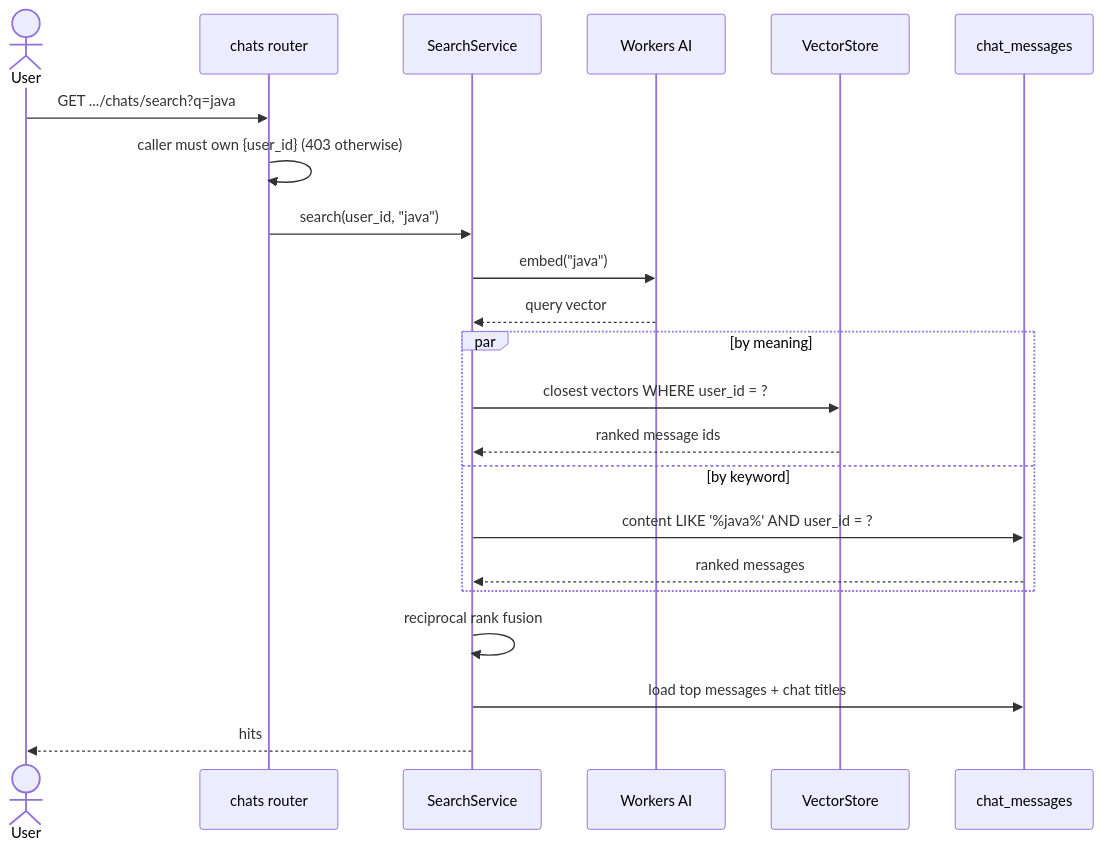
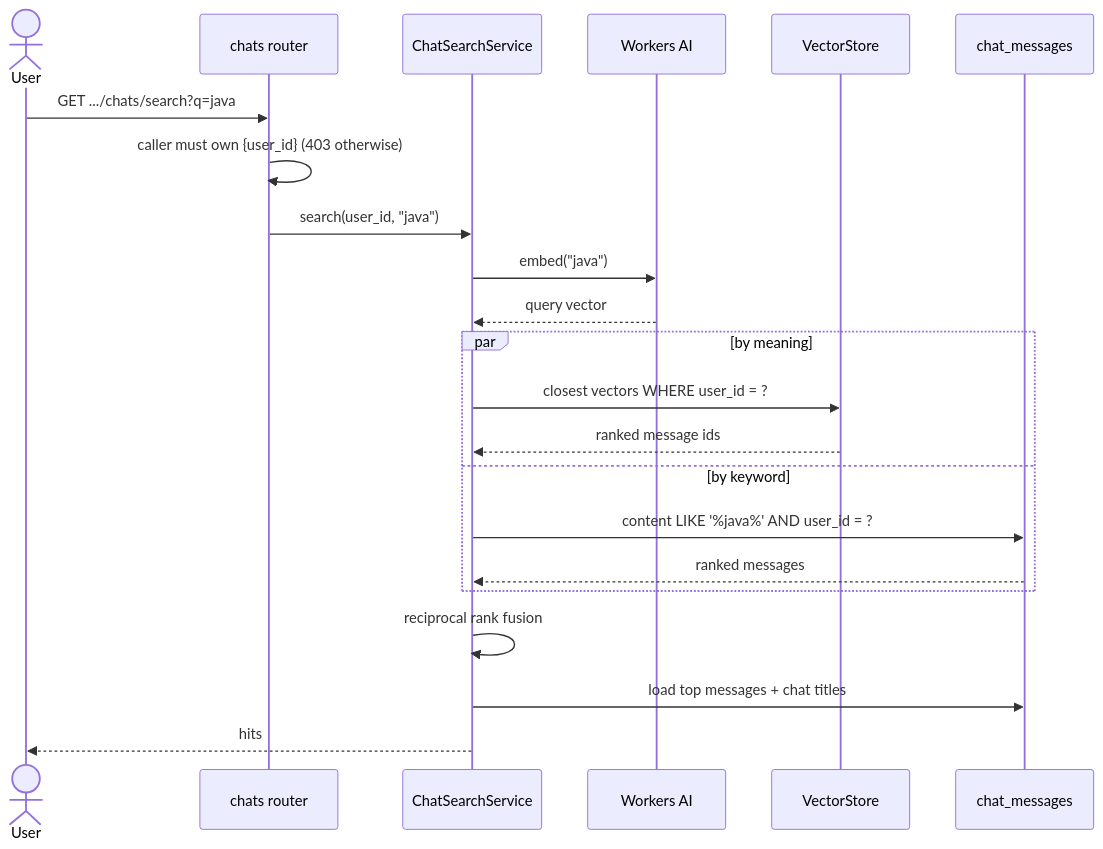
Before and after one commit to wilferraciolli/PythonTutorials: the third of 5 diagrams in Tutorials/fastapi-ai/docs/how-ai-search-works.md, drawn with Mermaid. The commit also changed other lines of this file and 236 other files, not shown here.

````diff
--- a/Tutorials/fastapi-ai/docs/how-ai-search-works.md
+++ b/Tutorials/fastapi-ai/docs/how-ai-search-works.md
@@ -76,25 +76,25 @@
 ```mermaid
 sequenceDiagram
     actor U as User
     participant API as chats router
-    participant SS as SearchService
+    participant SS as ChatSearchService
     participant AI as Workers AI
     participant VS as VectorStore
     participant DB as chat_messages
 
     U->>API: GET .../chats/search?q=java
     API->>API: caller must own {user_id} (403 otherwise)
     API->>SS: search(user_id, "java")
     SS->>AI: embed("java")
     AI-->>SS: query vector
     par by meaning
         SS->>VS: closest vectors WHERE user_id = ?
         VS-->>SS: ranked message ids
     and by keyword
         SS->>DB: content LIKE '%java%' AND user_id = ?
         DB-->>SS: ranked messages
     end
     SS->>SS: reciprocal rank fusion
     SS->>DB: load top messages + chat titles
     SS-->>U: hits
 ```
````
